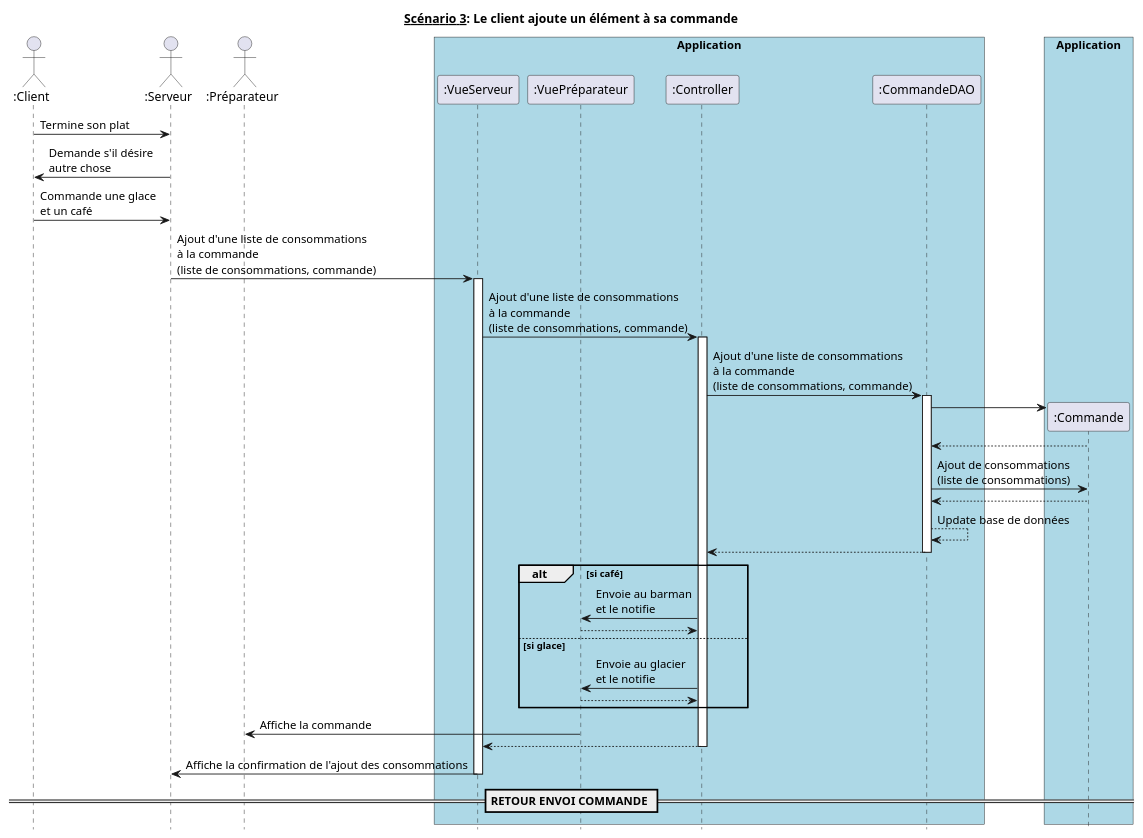
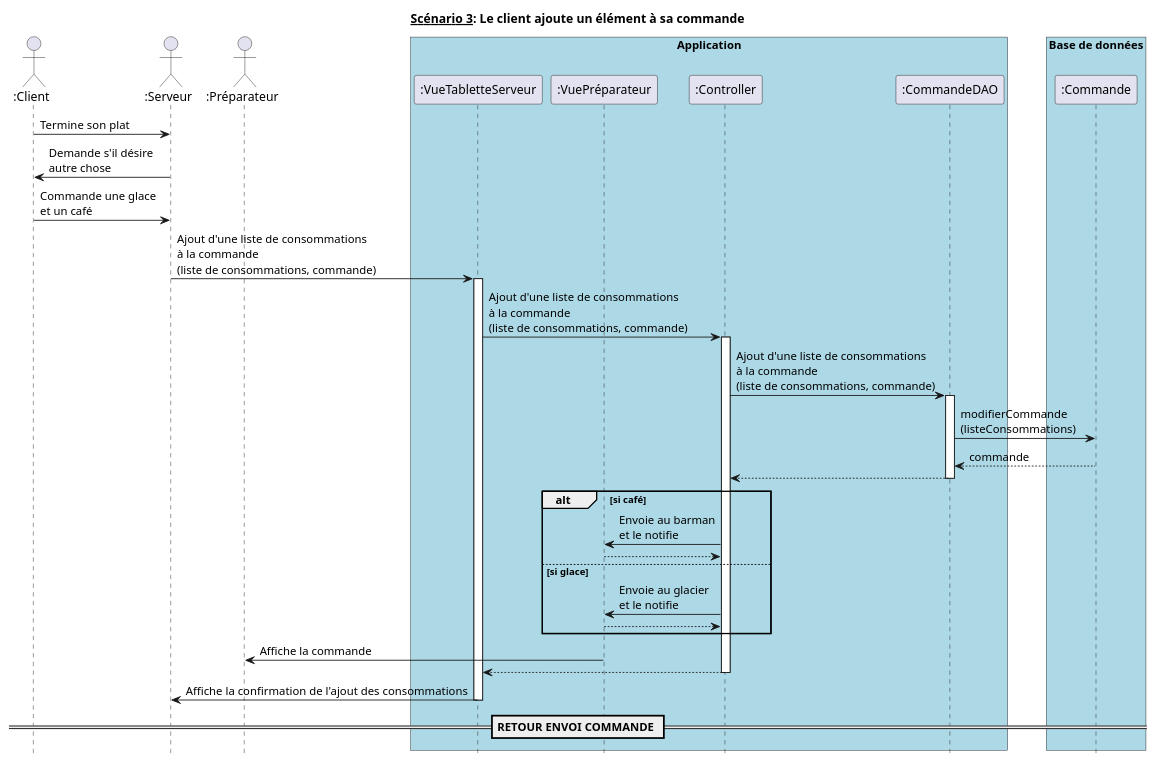
Before and after one commit to hulskenA/GL-Les_seigneurs_du_resto: the diagram in diagrammes_sequences_detailles/dss3.md, drawn with PlantUML.

Commit message:
Modification DSS détaillé 2

````diff
--- a/diagrammes_sequences_detailles/dss3.md
+++ b/diagrammes_sequences_detailles/dss3.md
@@ -1,62 +1,58 @@
 ```puml
 @startuml
 hide footbox
 title __Scénario 3__: Le client ajoute un élément à sa commande
 
 
 actor ":Client" as client order 10
 actor ":Serveur" as serveur order 20
 actor ":Préparateur" as preparateur order 30
 
 box "Application" #Lightblue
-    participant ":VueServeur" as VueServeur order 40
+    participant ":VueTabletteServeur" as VueServeur order 40
     participant ":VuePréparateur" as VuePréparateur order 50
     participant ":Controller" as Controller order 60
     participant ":CommandeDAO" as CommandeDAO order 70
 endbox
 
-box "Application" #Lightblue
+box "Base de données" #Lightblue
   participant ":Commande" as Commande order 80
 endbox
 
 client -> serveur : Termine son plat
 client <- serveur : Demande s'il désire\nautre chose
 client -> serveur : Commande une glace\net un café
 
 serveur -> VueServeur : Ajout d'une liste de consommations \nà la commande\n(liste de consommations, commande)
 activate VueServeur
 VueServeur -> Controller : Ajout d'une liste de consommations \nà la commande\n(liste de consommations, commande)
 activate Controller
 Controller -> CommandeDAO : Ajout d'une liste de consommations \nà la commande\n(liste de consommations, commande)
 
 activate CommandeDAO
-  create Commande
-    CommandeDAO -> Commande
-    CommandeDAO <-- Commande
-    CommandeDAO -> Commande : Ajout de consommations\n(liste de consommations)
-    Commande --> CommandeDAO
-CommandeDAO --> CommandeDAO :  Update base de données
+    CommandeDAO -> Commande : modifierCommande\n(listeConsommations)
+    Commande --> CommandeDAO : commande
 Controller <-- CommandeDAO
 deactivate CommandeDAO
 
 
 alt #transparent si café
     Controller -> VuePréparateur : Envoie au barman\net le notifie
     VuePréparateur --> Controller
 else si glace
     Controller -> VuePréparateur : Envoie au glacier\net le notifie
     VuePréparateur --> Controller
 end
 
 VuePréparateur -> preparateur : Affiche la commande
 
 Controller --> VueServeur
 deactivate Controller
 
 VueServeur -> serveur : Affiche la confirmation de l'ajout des consommations
 deactivate VueServeur
 
 == RETOUR ENVOI COMMANDE ==
 
 @enduml
 ```
````
